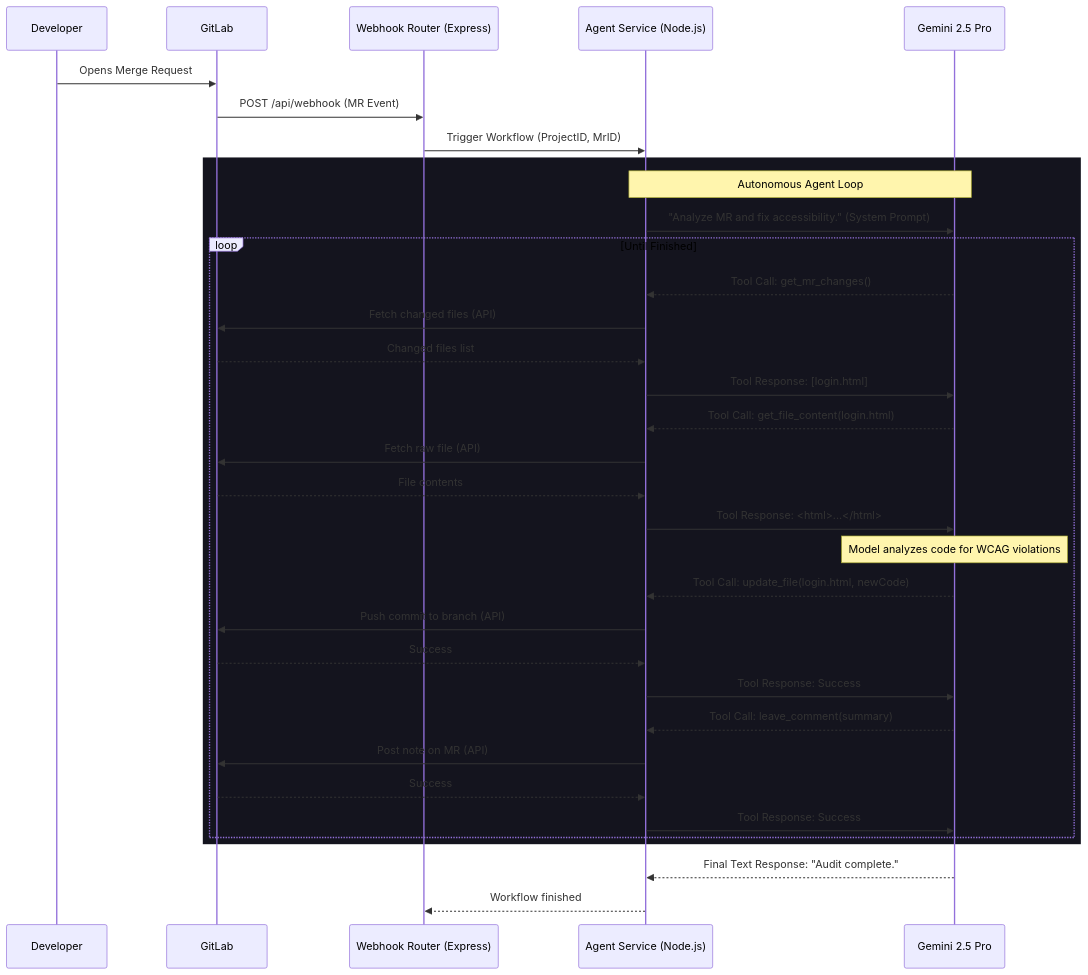
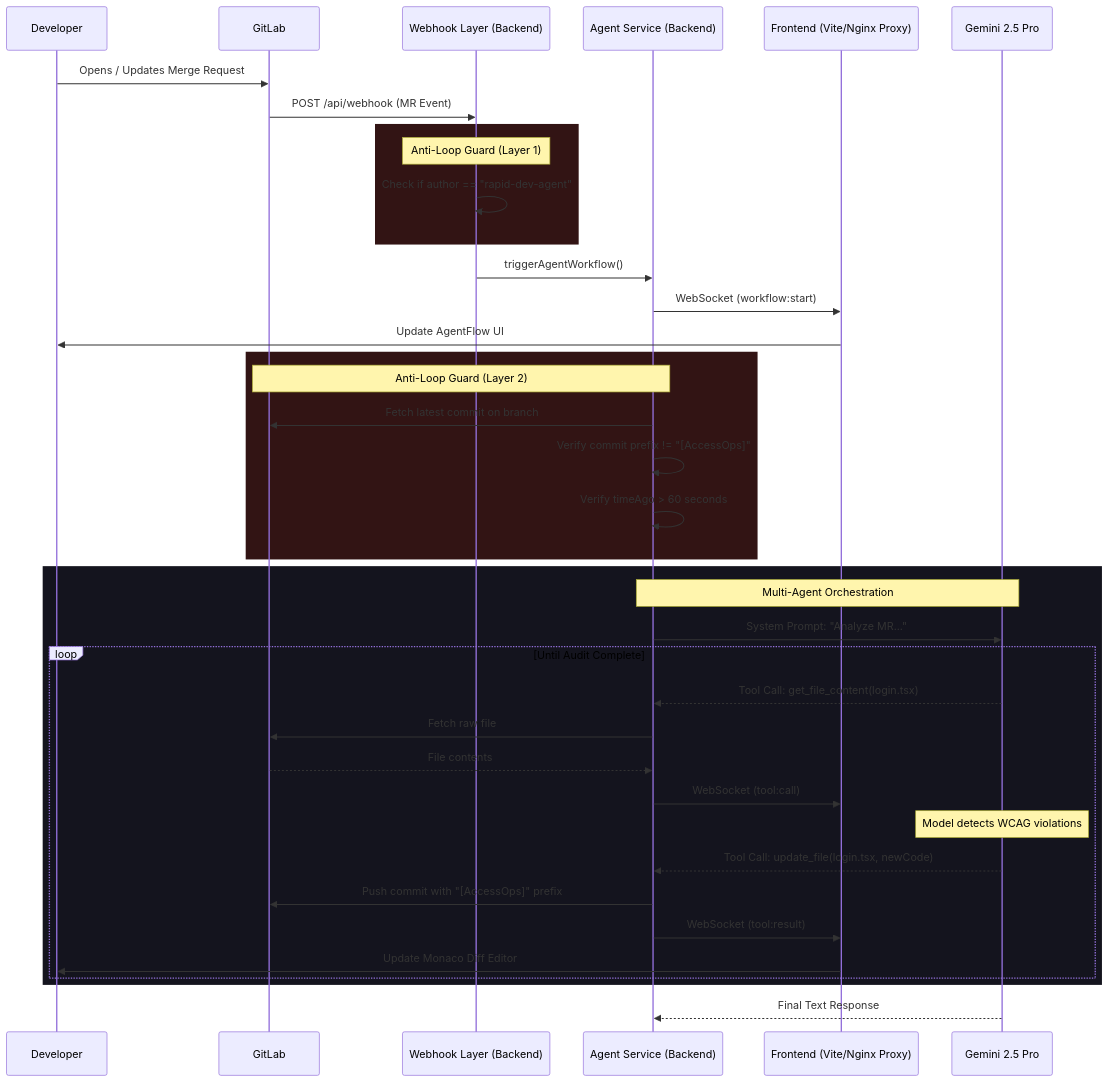
One commit to TANISHX1/Google_Rapid_Dev changed the first of 2 diagrams in ARCHITECTURE.md. Above: the diagram before and after it, drawn with Mermaid. The commit also changed other lines of this file and 4 other files, not shown here.

Commit message:
docs: massive repository documentation overhaul reflecting phase 3 and multi-agent pivot

````diff
--- a/ARCHITECTURE.md
+++ b/ARCHITECTURE.md
@@ -7,44 +9,49 @@
 ```mermaid
 sequenceDiagram
     participant Dev as Developer
     participant GL as GitLab
-    participant WH as Webhook Router (Express)
-    participant AS as Agent Service (Node.js)
+    participant WH as Webhook Layer (Backend)
+    participant AS as Agent Service (Backend)
+    participant Nginx as Frontend (Vite/Nginx Proxy)
     participant LLM as Gemini 2.5 Pro
 
-    Dev->>GL: Opens Merge Request
+    Dev->>GL: Opens / Updates Merge Request
     GL->>WH: POST /api/webhook (MR Event)
-    WH->>AS: Trigger Workflow (ProjectID, MrID)
+    
+    rect rgb(50, 20, 20)
+    Note over WH: Anti-Loop Guard (Layer 1)
+    WH->>WH: Check if author == "rapid-dev-agent"
+    end
+    
+    WH->>AS: triggerAgentWorkflow()
+    AS->>Nginx: WebSocket (workflow:start)
+    Nginx->>Dev: Update AgentFlow UI
+
+    rect rgb(50, 20, 20)
+    Note over AS,GL: Anti-Loop Guard (Layer 2)
+    AS->>GL: Fetch latest commit on branch
+    AS->>AS: Verify commit prefix != "[AccessOps]"
+    AS->>AS: Verify timeAgo > 60 seconds
+    end
     
     rect rgb(20, 20, 30)
-    Note over AS,LLM: Autonomous Agent Loop
-    AS->>LLM: "Analyze MR and fix accessibility." (System Prompt)
+    Note over AS,LLM: Multi-Agent Orchestration
+    AS->>LLM: System Prompt: "Analyze MR..."
     
-    loop Until Finished
-        LLM-->>AS: Tool Call: get_mr_changes()
-        AS->>GL: Fetch changed files (API)
-        GL-->>AS: Changed files list
-        AS->>LLM: Tool Response: [login.html]
+    loop Until Audit Complete
+        LLM-->>AS: Tool Call: get_file_content(login.tsx)
+        AS->>GL: Fetch raw file
+        GL-->>AS: File contents
+        AS->>Nginx: WebSocket (tool:call)
         
-        LLM-->>AS: Tool Call: get_file_content(login.html)
-        AS->>GL: Fetch raw file (API)
-        GL-->>AS: File contents
-        AS->>LLM: Tool Response: <html>...</html>
+        Note over LLM: Model detects WCAG violations
         
-        Note over LLM: Model analyzes code for WCAG violations
-        
-        LLM-->>AS: Tool Call: update_file(login.html, newCode)
-        AS->>GL: Push commit to branch (API)
-        GL-->>AS: Success
-        AS->>LLM: Tool Response: Success
-        
-        LLM-->>AS: Tool Call: leave_comment(summary)
-        AS->>GL: Post note on MR (API)
-        GL-->>AS: Success
-        AS->>LLM: Tool Response: Success
+        LLM-->>AS: Tool Call: update_file(login.tsx, newCode)
+        AS->>GL: Push commit with "[AccessOps]" prefix
+        AS->>Nginx: WebSocket (tool:result)
+        Nginx->>Dev: Update Monaco Diff Editor
     end
     end
     
-    LLM-->>AS: Final Text Response: "Audit complete."
-    AS-->>WH: Workflow finished
+    LLM-->>AS: Final Text Response
 ```
````
